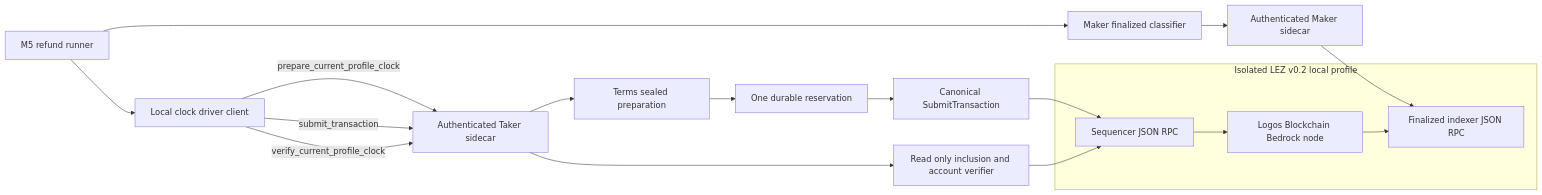
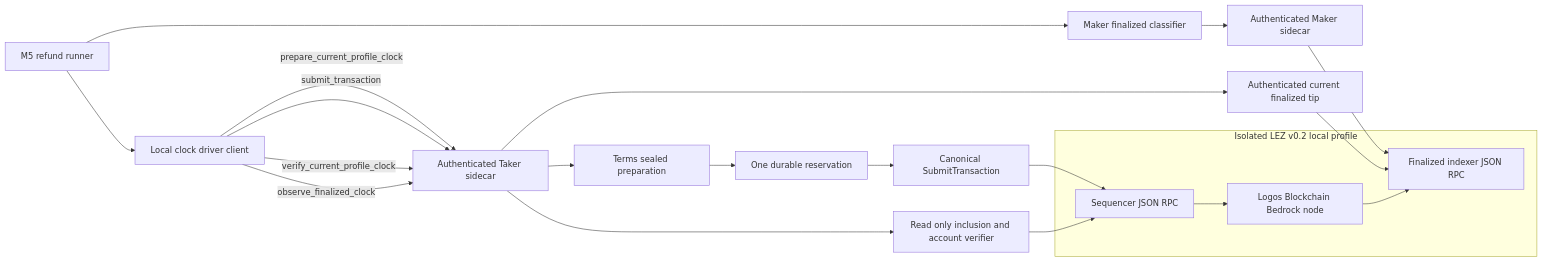
Before and after one commit to gateway-fm/lez-atomic-swaps: the first of 3 diagrams in docs/architecture/0123-drive-the-local-finalized-clock-with-one-sealed-effect.md, drawn with Mermaid. The commit also changed other lines of this file and 20 other files, not shown here.

Commit message:
fix(m5): observe the current finalized clock

````diff
--- a/docs/architecture/0123-drive-the-local-finalized-clock-with-one-sealed-effect.md
+++ b/docs/architecture/0123-drive-the-local-finalized-clock-with-one-sealed-effect.md
@@ -98,34 +113,37 @@
 ```mermaid
 flowchart LR
     Runner["M5 refund runner"]
     Classifier["Maker finalized classifier"]
     MakerSidecar["Authenticated Maker sidecar"]
     Driver["Local clock driver client"]
     TakerSidecar["Authenticated Taker sidecar"]
     Prepare["Terms sealed preparation"]
     Reservation["One durable reservation"]
     Submit["Canonical SubmitTransaction"]
     Verify["Read only inclusion and account verifier"]
+    FinalizedTip["Authenticated current finalized tip"]
 
     subgraph Lez["Isolated LEZ v0.2 local profile"]
         Sequencer["Sequencer JSON RPC"]
         Indexer["Finalized indexer JSON RPC"]
         Bedrock["Logos Blockchain Bedrock node"]
     end
 
     Runner --> Classifier
     Classifier --> MakerSidecar
     MakerSidecar --> Indexer
     Runner --> Driver
     Driver -->|"prepare_current_profile_clock"| TakerSidecar
     Driver -->|"submit_transaction"| TakerSidecar
     Driver -->|"verify_current_profile_clock"| TakerSidecar
+    Driver -->|"observe_finalized_clock"| TakerSidecar
     TakerSidecar --> Prepare
     Prepare --> Reservation
     Reservation --> Submit
     Submit --> Sequencer
     Sequencer --> Bedrock
     TakerSidecar --> Verify
     Verify --> Sequencer
+    TakerSidecar --> FinalizedTip --> Indexer
     Bedrock --> Indexer
 ```
````
